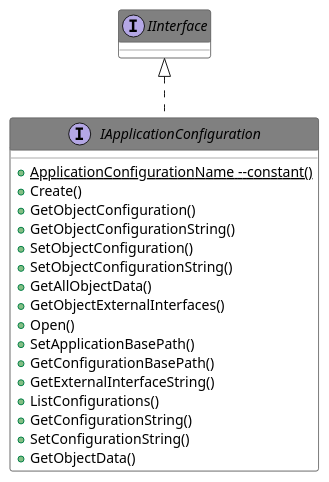
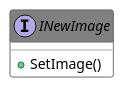
Before and after one commit to PatriekBruins/TriekselsoftApplicationFramework: the diagram in Source/Antidoc-Output/Includes/016.adoc, drawn with PlantUML. The commit also changed other lines of this file and 692 other files, not shown here.

```diff
--- a/Source/Antidoc-Output/Includes/016.adoc
+++ b/Source/Antidoc-Output/Includes/016.adoc
@@ -8,37 +8,19 @@
 [plantuml, format="svg", align="center"]
 ....
 @startuml
 set namespaceSeparator :
 skinparam ClassBackgroundColor #FFFFFF
 skinparam ClassBorderColor #555555
 skinparam ClassFontColor #000000
 skinparam ClassHeaderBackgroundColor #808080
 
 skinparam top to bottom direction
-interface "IApplicationConfiguration" {
-{static} {method} +ApplicationConfigurationName --constant()
-{method} +Create()
-{method} +GetObjectConfiguration()
-{method} +GetObjectConfigurationString()
-{method} +SetObjectConfiguration()
-{method} +SetObjectConfigurationString()
-{method} +GetAllObjectData()
-{method} +GetObjectExternalInterfaces()
-{method} +Open()
-{method} +SetApplicationBasePath()
-{method} +GetConfigurationBasePath()
-{method} +GetExternalInterfaceString()
-{method} +ListConfigurations()
-{method} +GetConfigurationString()
-{method} +SetConfigurationString()
-{method} +GetObjectData()
+interface "INewImage" {
+{method} +SetImage()
 
 }
-"IInterface" <|.. "IApplicationConfiguration"
-interface "IInterface" {}
-
 
 
 
 @enduml
 ....
```
